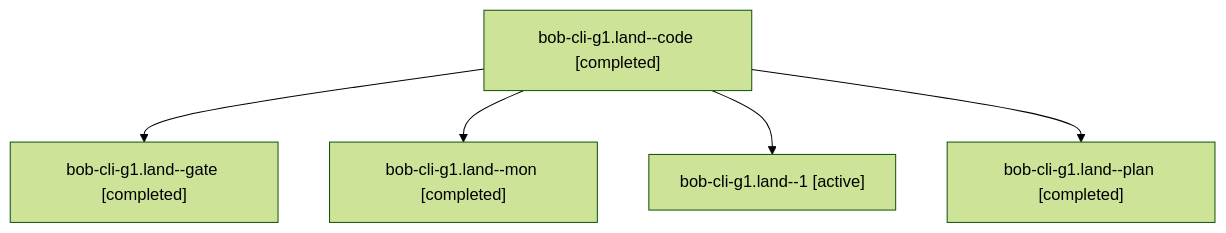
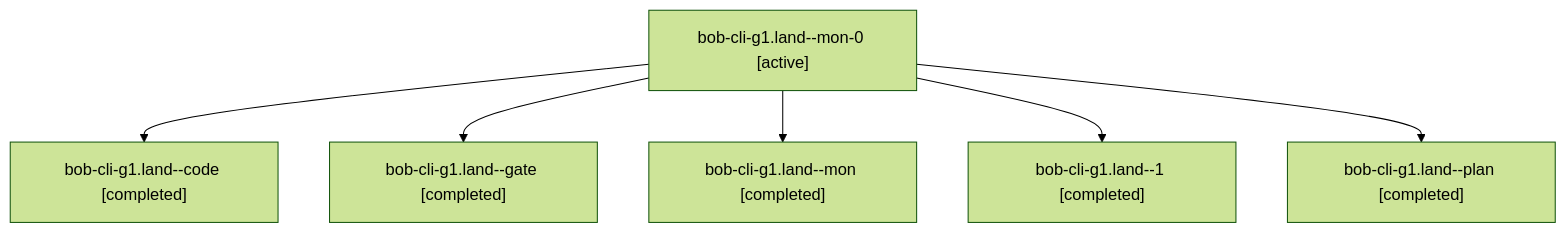
Before and after one commit to bobs-org/bob-cli--agents: the diagram in sessions/bbugyi200.athena.bob-cli-g1.land.md, drawn with Mermaid (forest theme). The commit also changed other lines of this file and 25 other files, not shown here.

````diff
--- a/sessions/bbugyi200.athena.bob-cli-g1.land.md
+++ b/sessions/bbugyi200.athena.bob-cli-g1.land.md
@@ -9,12 +9,14 @@
 ```mermaid
 flowchart TD
-  n0["bob-cli-g1.land--code [completed]"]
-  n1["bob-cli-g1.land--gate [completed]"]
+  n0["bob-cli-g1.land--mon-0 [active]"]
+  n1["bob-cli-g1.land--code [completed]"]
   n0 --> n1
-  n2["bob-cli-g1.land--mon [completed]"]
+  n2["bob-cli-g1.land--gate [completed]"]
   n0 --> n2
-  n3["bob-cli-g1.land--1 [active]"]
+  n3["bob-cli-g1.land--mon [completed]"]
   n0 --> n3
-  n4["bob-cli-g1.land--plan [completed]"]
+  n4["bob-cli-g1.land--1 [completed]"]
   n0 --> n4
+  n5["bob-cli-g1.land--plan [completed]"]
+  n0 --> n5
 ```
````
